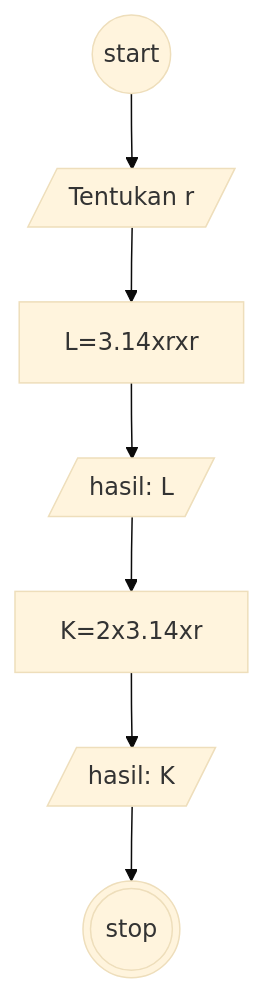
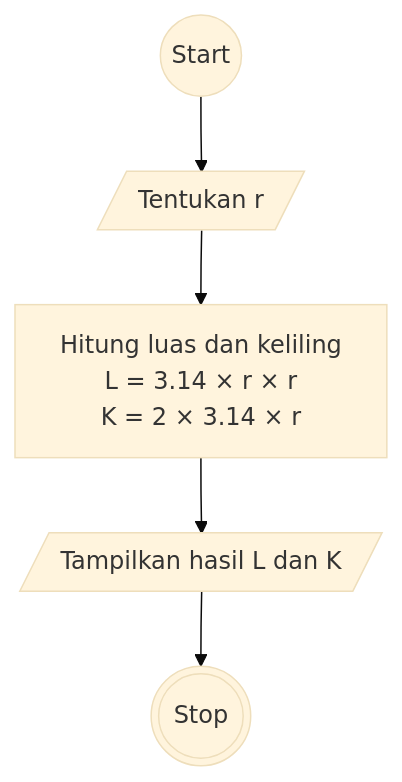
One commit to hilmy07/koda-b4-algoritma changed the diagram in minitask5.md. Above: the diagram before and after it, drawn with Mermaid (base theme).

````diff
--- a/minitask5.md
+++ b/minitask5.md
@@ -3,11 +3,10 @@
 ```mermaid
 flowchart TD;
 
-strt((start))-->a[/Tentukan r/];
-a[/Tentukan r/]-->L[L=3.14xrxr];
-L-->l[/"hasil:" L/];
-l-->K[K=2x3.14xr];
-K-->k[/"hasil:" K/];
-k-->stp(((stop)));
+strt((Start)) --> i[/Tentukan r/];
+i --> P[Hitung luas dan keliling<br>L = 3.14 × r × r<br>K = 2 × 3.14 × r];
+P --> o[/Tampilkan hasil L dan K/];
+o --> stp(((Stop)));
+
 
 ```
````
